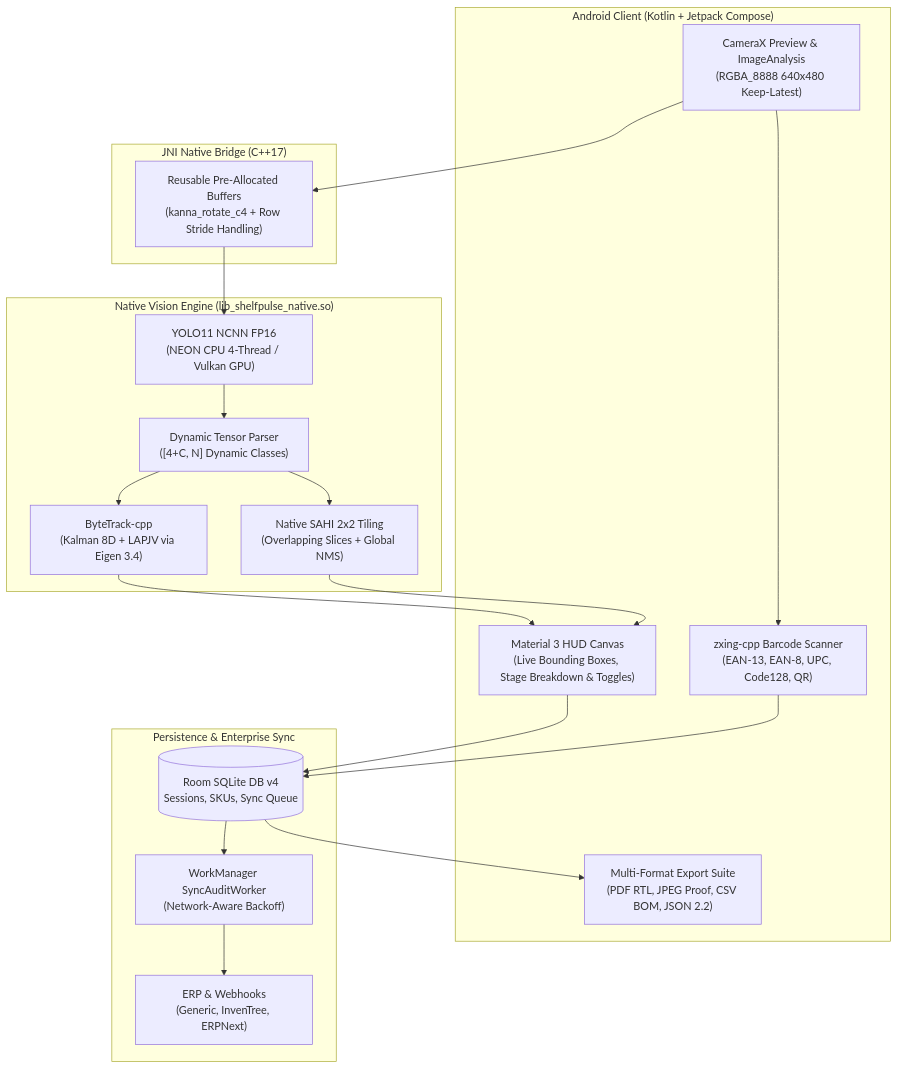
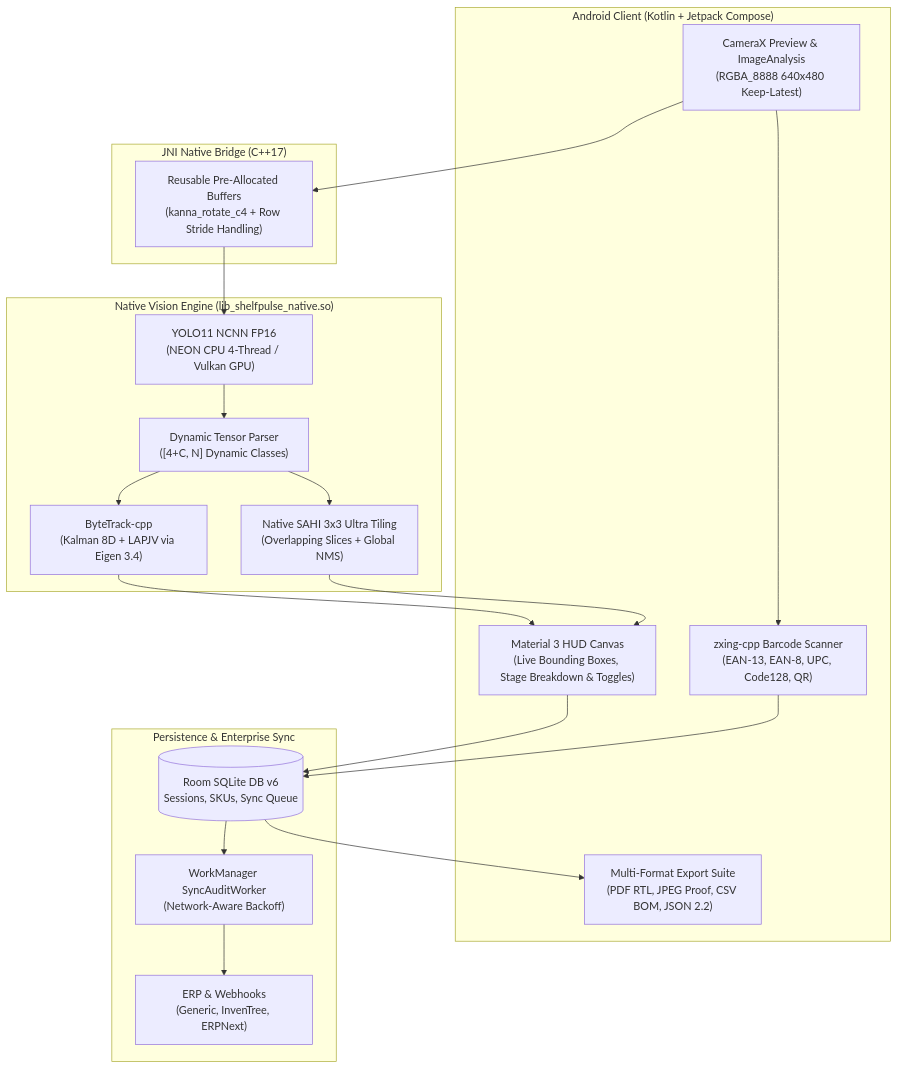
The second of 2 diagrams in README.md (tahadeab-ai/shelf-pulse-ai), drawn with Mermaid before and after one commit. The commit also changed other lines of this file and 13 other files, not shown here.

````diff
--- a/README.md
+++ b/README.md
@@ -202,40 +216,40 @@
 ```mermaid
 flowchart TD
     subgraph Capture ["Android Client (Kotlin + Jetpack Compose)"]
         Cam["CameraX Preview & ImageAnalysis<br/>(RGBA_8888 640x480 Keep-Latest)"]
         Scanner["zxing-cpp Barcode Scanner<br/>(EAN-13, EAN-8, UPC, Code128, QR)"]
         HUD["Material 3 HUD Canvas<br/>(Live Bounding Boxes, Stage Breakdown & Toggles)"]
         Export["Multi-Format Export Suite<br/>(PDF RTL, JPEG Proof, CSV BOM, JSON 2.2)"]
     end
 
     subgraph NativeBridge ["JNI Native Bridge (C++17)"]
         DirectBuf["Reusable Pre-Allocated Buffers<br/>(kanna_rotate_c4 + Row Stride Handling)"]
     end
 
     subgraph VisionEngine ["Native Vision Engine (lib_shelfpulse_native.so)"]
         Yolo["YOLO11 NCNN FP16<br/>(NEON CPU 4-Thread / Vulkan GPU)"]
         Parser["Dynamic Tensor Parser<br/>([4+C, N] Dynamic Classes)"]
         Tracker["ByteTrack-cpp<br/>(Kalman 8D + LAPJV via Eigen 3.4)"]
-        SAHI["Native SAHI 2x2 Tiling<br/>(Overlapping Slices + Global NMS)"]
+        SAHI["Native SAHI 3x3 Ultra Tiling<br/>(Overlapping Slices + Global NMS)"]
     end
 
     subgraph DataSync ["Persistence & Enterprise Sync"]
-        DB[("Room SQLite DB v4<br/>Sessions, SKUs, Sync Queue")]
+        DB[("Room SQLite DB v6<br/>Sessions, SKUs, Sync Queue")]
         SyncMgr["WorkManager SyncAuditWorker<br/>(Network-Aware Backoff)"]
         ERP["ERP & Webhooks<br/>(Generic, InvenTree, ERPNext)"]
     end
 
     Cam --> DirectBuf
     Cam --> Scanner
     DirectBuf --> Yolo
     Yolo --> Parser
     Parser --> Tracker
     Parser --> SAHI
     Tracker --> HUD
     SAHI --> HUD
     HUD --> DB
     Scanner --> DB
     DB --> Export
     DB --> SyncMgr
     SyncMgr --> ERP
 ```
````
